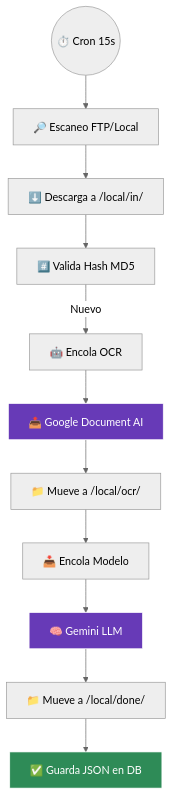
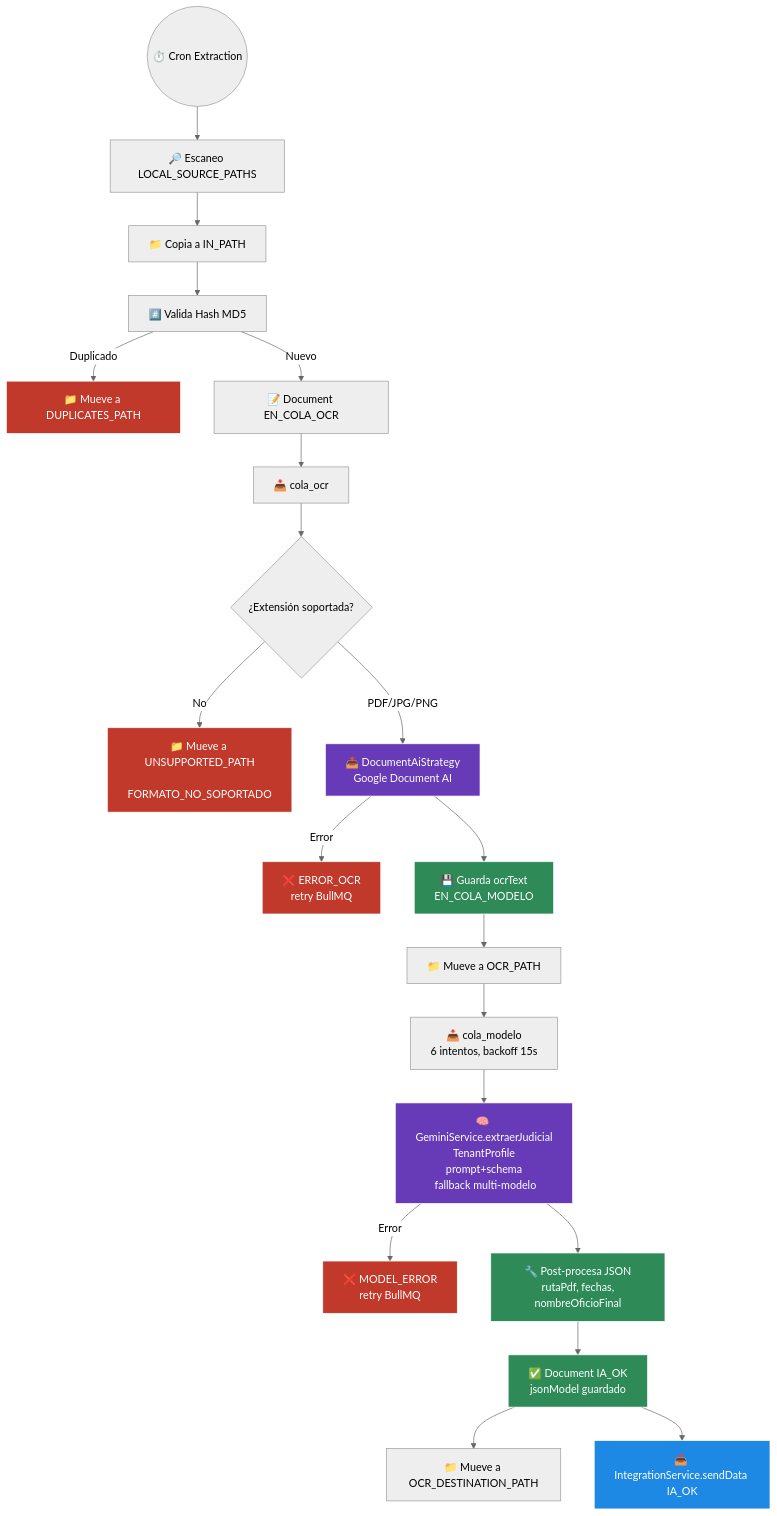
One commit to kevinvillalba1011/JT-REPO changed the third of 3 diagrams in AGENTS.md. Above: the diagram before and after it, drawn with Mermaid (neutral theme). The commit also changed other lines of this file and 39 other files, not shown here.

````diff
--- a/AGENTS.md
+++ b/AGENTS.md
@@ -74,16 +111,27 @@
 ```mermaid
 flowchart TD
     classDef ai fill:#673AB7,stroke:#fff,color:#fff;
     classDef process fill:#2E8B57,stroke:#fff,color:#fff;
+    classDef error fill:#C0392B,stroke:#fff,color:#fff;
+    classDef integration fill:#1E88E5,stroke:#fff,color:#fff;
 
-    Start((⏱️ Cron 15s)) --> Scan[🔎 Escaneo FTP/Local]
-    Scan --> Download[⬇️ Descarga a /local/in/]
-    Download --> MD5[#️⃣ Valida Hash MD5]
-    MD5 -- Nuevo --> OCR[🤖 Encola OCR]
-    OCR --> DocAI[📤 Google Document AI]:::ai
-    DocAI --> MoveOCR[📁 Mueve a /local/ocr/]
-    MoveOCR --> Model[📥 Encola Modelo]
-    Model --> Gemini[🧠 Gemini LLM]:::ai
-    Gemini --> MoveDone[📁 Mueve a /local/done/]
-    MoveDone --> Save[✅ Guarda JSON en DB]:::process
+    Start((⏱️ Cron Extraction)) --> Scan[🔎 Escaneo LOCAL_SOURCE_PATHS]
+    Scan --> InPath[📁 Copia a IN_PATH]
+    InPath --> MD5[#️⃣ Valida Hash MD5]
+    MD5 -- Duplicado --> Dup[📁 Mueve a DUPLICATES_PATH]:::error
+    MD5 -- Nuevo --> Doc[📝 Document EN_COLA_OCR]
+    Doc --> Queue[📥 cola_ocr]
+    Queue --> Detect{¿Extensión soportada?}
+    Detect -- No --> Unsup[📁 Mueve a UNSUPPORTED_PATH\n FORMATO_NO_SOPORTADO]:::error
+    Detect -- "PDF/JPG/PNG" --> DocAI[📤 DocumentAiStrategy\n Google Document AI]:::ai
+    DocAI -- Error --> ErrOcr[❌ ERROR_OCR\n retry BullMQ]:::error
+    DocAI --> SaveText[💾 Guarda ocrText\n EN_COLA_MODELO]:::process
+    SaveText --> MoveOcr[📁 Mueve a OCR_PATH]
+    MoveOcr --> ModelQueue[📥 cola_modelo\n 6 intentos, backoff 15s]
+    ModelQueue --> Gemini[🧠 GeminiService.extraerJudicial\n TenantProfile prompt+schema\n fallback multi-modelo]:::ai
+    Gemini -- Error --> ErrModel[❌ MODEL_ERROR\n retry BullMQ]:::error
+    Gemini --> PostProcess[🔧 Post-procesa JSON\n rutaPdf, fechas, nombreOficioFinal]:::process
+    PostProcess --> Save[✅ Document IA_OK\n jsonModel guardado]:::process
+    Save --> MoveDone[📁 Mueve a OCR_DESTINATION_PATH]
+    Save --> Send[📤 IntegrationService.sendData IA_OK]:::integration
 ```
````
